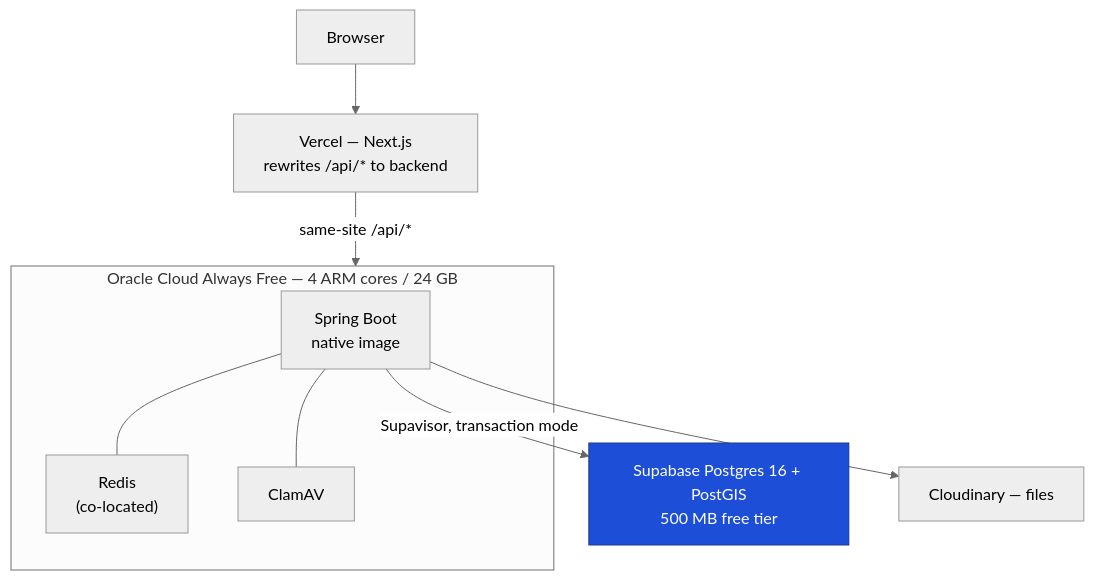
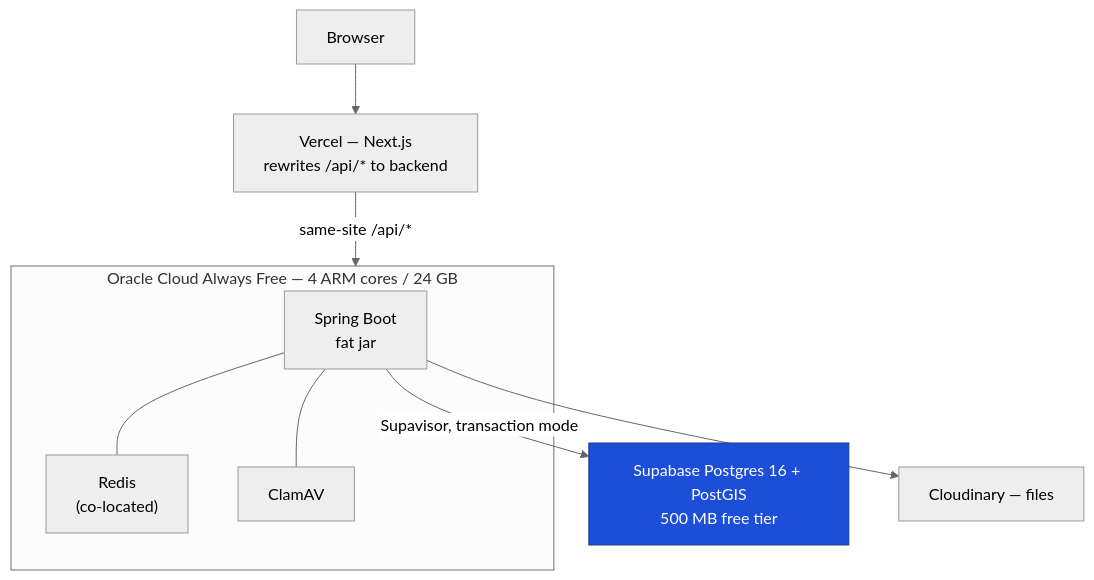
One commit to Prabhav-Batra/SIHBackend changed the diagram in docs/superpowers/specs/2026-09-01-spring-boot-backend-design.md. Above: the diagram before and after it, drawn with Mermaid (neutral theme). The commit also changed other lines of this file and 7 other files, not shown here.

First line of the commit message:
build: drop GraalVM native image, fix Gradle 10 deprecation

````diff
--- a/docs/superpowers/specs/2026-09-01-spring-boot-backend-design.md
+++ b/docs/superpowers/specs/2026-09-01-spring-boot-backend-design.md
@@ -91,18 +91,18 @@
 ```mermaid
 flowchart TB
     U["Browser"] --> V["Vercel — Next.js<br/>rewrites /api/* to backend"]
     V -->|"same-site /api/*"| O
 
     subgraph O["Oracle Cloud Always Free — 4 ARM cores / 24 GB"]
-      APP["Spring Boot<br/>native image"]
+      APP["Spring Boot<br/>fat jar"]
       R["Redis<br/>(co-located)"]
       C["ClamAV"]
       APP --- R
       APP --- C
     end
 
     APP -->|"Supavisor, transaction mode"| S["Supabase Postgres 16 + PostGIS<br/>500 MB free tier"]
     APP --> CL["Cloudinary — files"]
 
     style S fill:#1d4ed8,stroke:#1e3a8a,color:#fff
 ```
````
